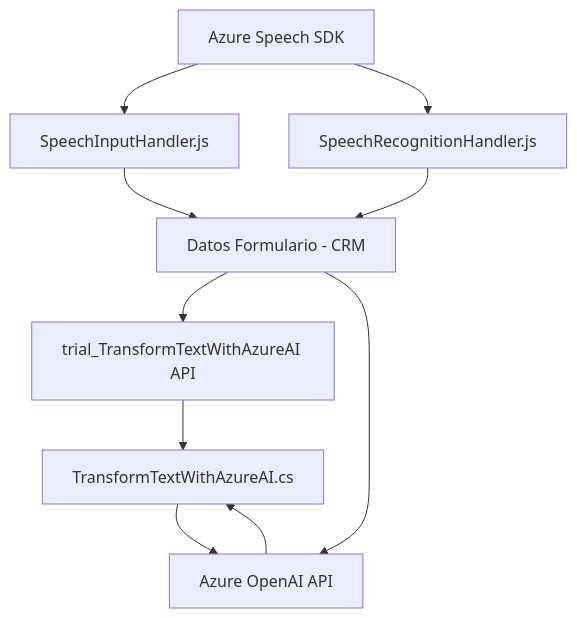
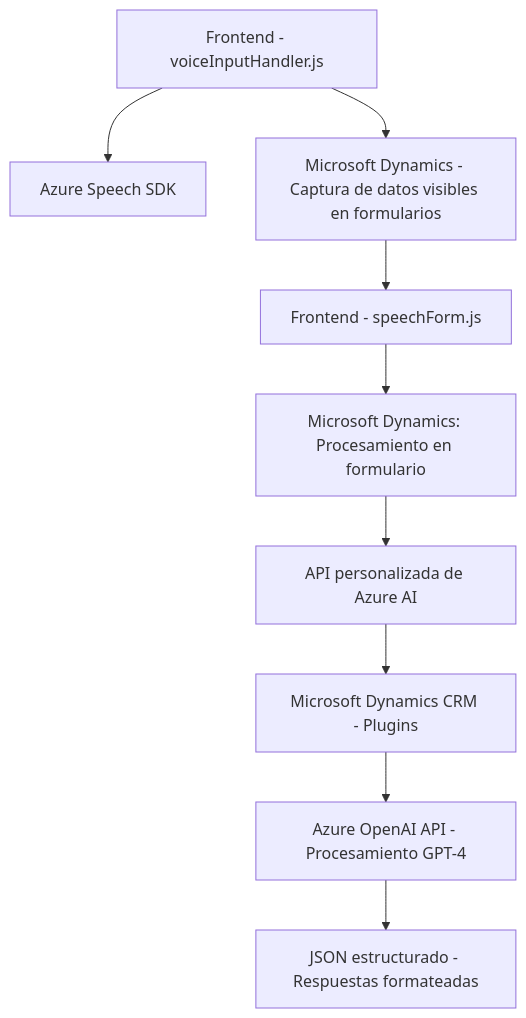
Before and after one commit to blopezdm/NETCORE_BILBAO2025: the diagram in README.md, drawn with Mermaid. The commit also changed other lines of this file, not shown here.

````diff
--- a/README.md
+++ b/README.md
@@ -63,12 +44,11 @@
 ```mermaid
 graph TD
-    A["Azure Speech SDK"] --> B["SpeechInputHandler.js"]
-    A --> C["SpeechRecognitionHandler.js"]
-    B --> D["Datos Formulario - CRM"] 
-    C --> D
-    D --> E["trial_TransformTextWithAzureAI API"]
-    E --> F["TransformTextWithAzureAI.cs"]
-    F --> G["Azure OpenAI API"]
-    G --> F
-    D --> G
+    A["Frontend - voiceInputHandler.js"] --> B["Azure Speech SDK"]
+    A --> C["Microsoft Dynamics - Captura de datos visibles en formularios"]
+    C --> D["Frontend - speechForm.js"]
+    D --> E["Microsoft Dynamics: Procesamiento en formulario"]
+    E --> F["API personalizada de Azure AI"]
+    F --> G["Microsoft Dynamics CRM - Plugins"]
+    G --> H["Azure OpenAI API - Procesamiento GPT-4"]
+    H --> I["JSON estructurado - Respuestas formateadas"]
 ```
````
